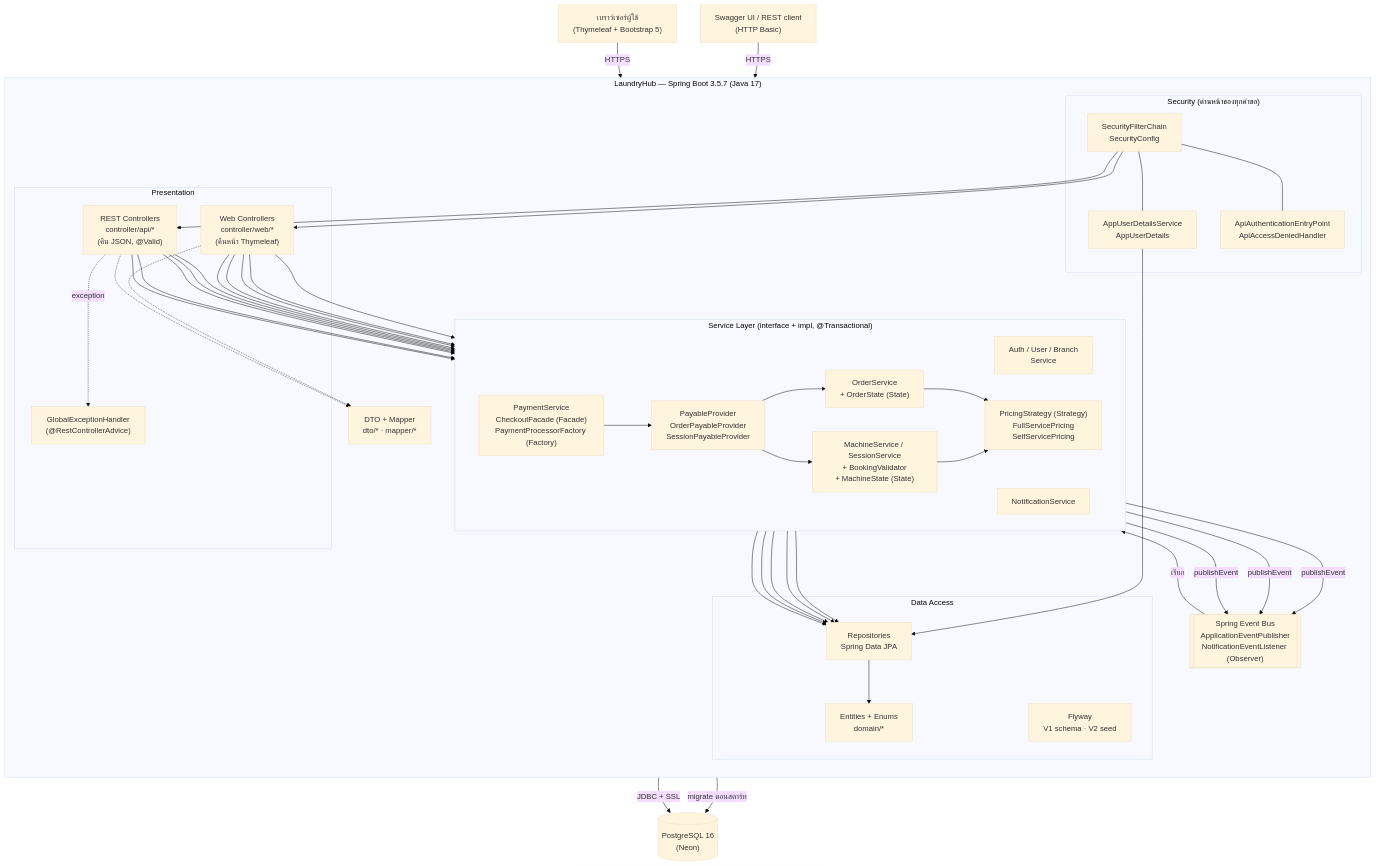
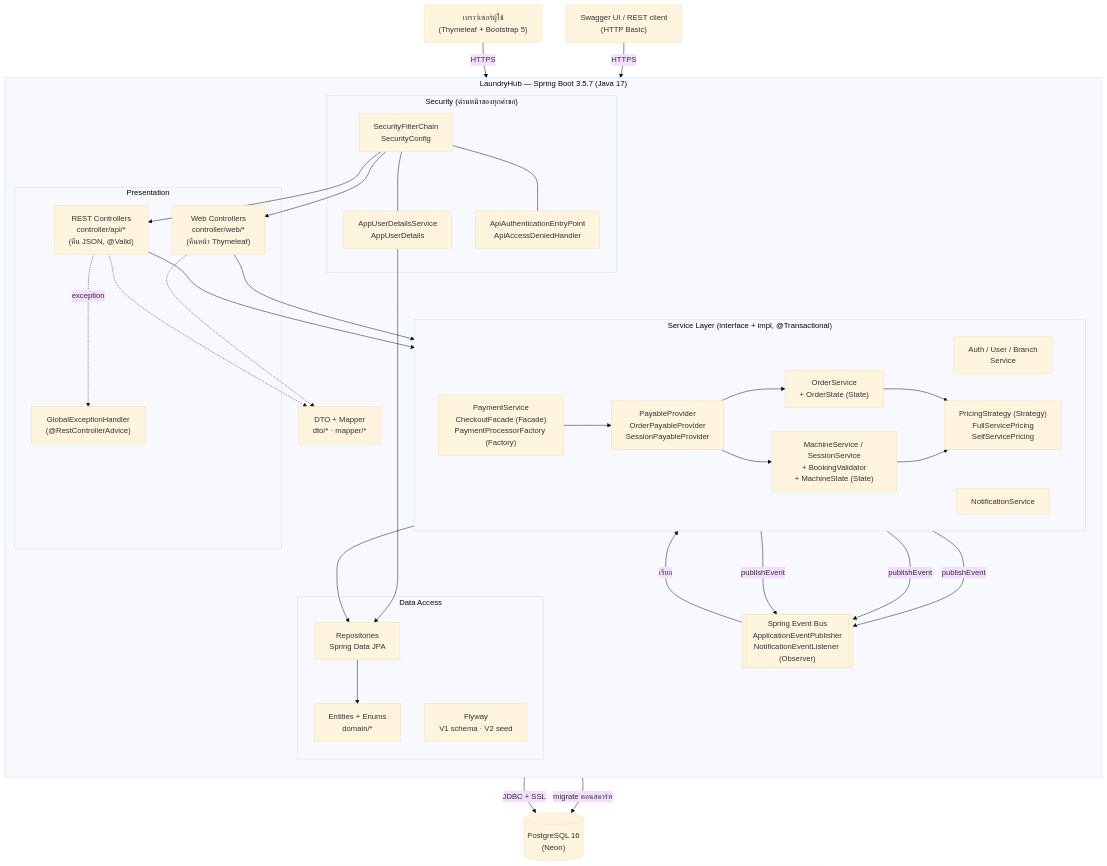
Before and after one commit to Oakiez/Laundry-Hub: the diagram in doc/diagrams/component-diagram.md, drawn with Mermaid (base theme). The commit also changed 2 other files, not shown here.

Commit message:
docs: remove unimplemented sales report use case and simplify component and deployment diagrams

````diff
--- a/doc/diagrams/component-diagram.md
+++ b/doc/diagrams/component-diagram.md
@@ -5,77 +5,73 @@
 ```mermaid
 flowchart TB
     Browser["เบราว์เซอร์ผู้ใช้<br/>(Thymeleaf + Bootstrap 5)"]
     Swagger["Swagger UI / REST client<br/>(HTTP Basic)"]
 
     subgraph APP["LaundryHub — Spring Boot 3.5.7 (Java 17)"]
         direction TB
 
         subgraph SEC["Security (ด่านหน้าของทุกคำขอ)"]
             SF["SecurityFilterChain<br/>SecurityConfig"]
             UDS["AppUserDetailsService<br/>AppUserDetails"]
             ERR["ApiAuthenticationEntryPoint<br/>ApiAccessDeniedHandler"]
         end
 
         subgraph PRES["Presentation"]
             WEB["Web Controllers<br/>controller/web/*<br/>(คืนหน้า Thymeleaf)"]
             API["REST Controllers<br/>controller/api/*<br/>(คืน JSON, @Valid)"]
             GEH["GlobalExceptionHandler<br/>(@RestControllerAdvice)"]
         end
 
         subgraph SVC["Service Layer (interface + impl, @Transactional)"]
             direction LR
             AUTH["Auth / User / Branch<br/>Service"]
             ORD["OrderService<br/>+ OrderState (State)"]
             MCH["MachineService / SessionService<br/>+ BookingValidator<br/>+ MachineState (State)"]
             PAY["PaymentService<br/>CheckoutFacade (Facade)<br/>PaymentProcessorFactory (Factory)"]
             NTF["NotificationService"]
             PRC["PricingStrategy (Strategy)<br/>FullServicePricing<br/>SelfServicePricing"]
             PRV["PayableProvider<br/>OrderPayableProvider<br/>SessionPayableProvider"]
         end
 
         EVT[["Spring Event Bus<br/>ApplicationEventPublisher<br/>NotificationEventListener (Observer)"]]
         DTO["DTO + Mapper<br/>dto/*  ·  mapper/*"]
 
         subgraph DATA["Data Access"]
             REPO["Repositories<br/>Spring Data JPA"]
             ENT["Entities + Enums<br/>domain/*"]
             FLY["Flyway<br/>V1 schema · V2 seed"]
         end
     end
 
     DB[("PostgreSQL 16<br/>(Neon)")]
 
     Browser -->|HTTPS| SF
     Swagger -->|HTTPS| SF
     SF --- UDS
     SF --- ERR
     SF --> WEB
     SF --> API
     API -.->|exception| GEH
 
-    WEB --> AUTH & ORD & MCH & PAY & NTF
-    API --> AUTH & ORD & MCH & PAY & NTF
+    WEB --> SVC
+    API --> SVC
     WEB -.-> DTO
     API -.-> DTO
 
     ORD --> PRC
     MCH --> PRC
     PAY --> PRV
     PRV --> ORD
     PRV --> MCH
 
     ORD -->|publishEvent| EVT
     MCH -->|publishEvent| EVT
     PAY -->|publishEvent| EVT
     EVT -->|เรียก| NTF
 
-    AUTH --> REPO
-    ORD --> REPO
-    MCH --> REPO
-    PAY --> REPO
-    NTF --> REPO
+    SVC --> REPO
     REPO --> ENT
     REPO -->|JDBC + SSL| DB
     FLY -->|migrate ตอนสตาร์ท| DB
     UDS --> REPO
 ```
````
